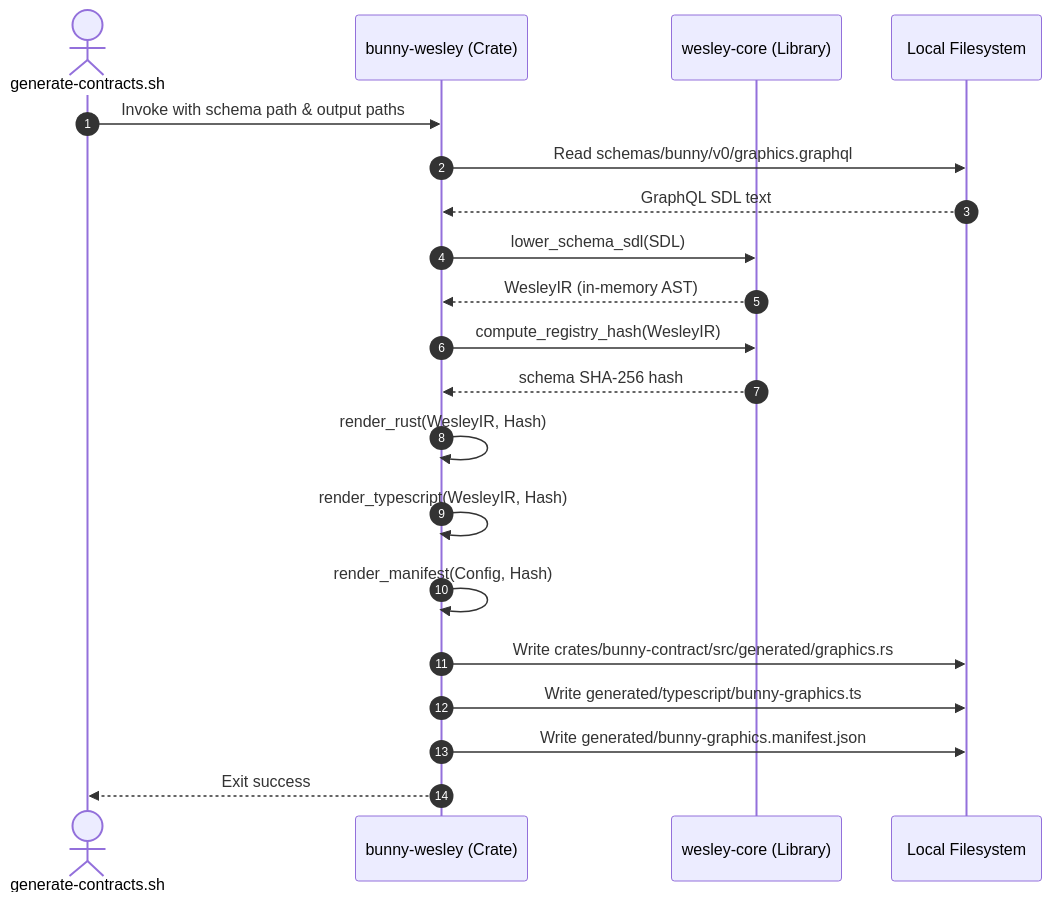
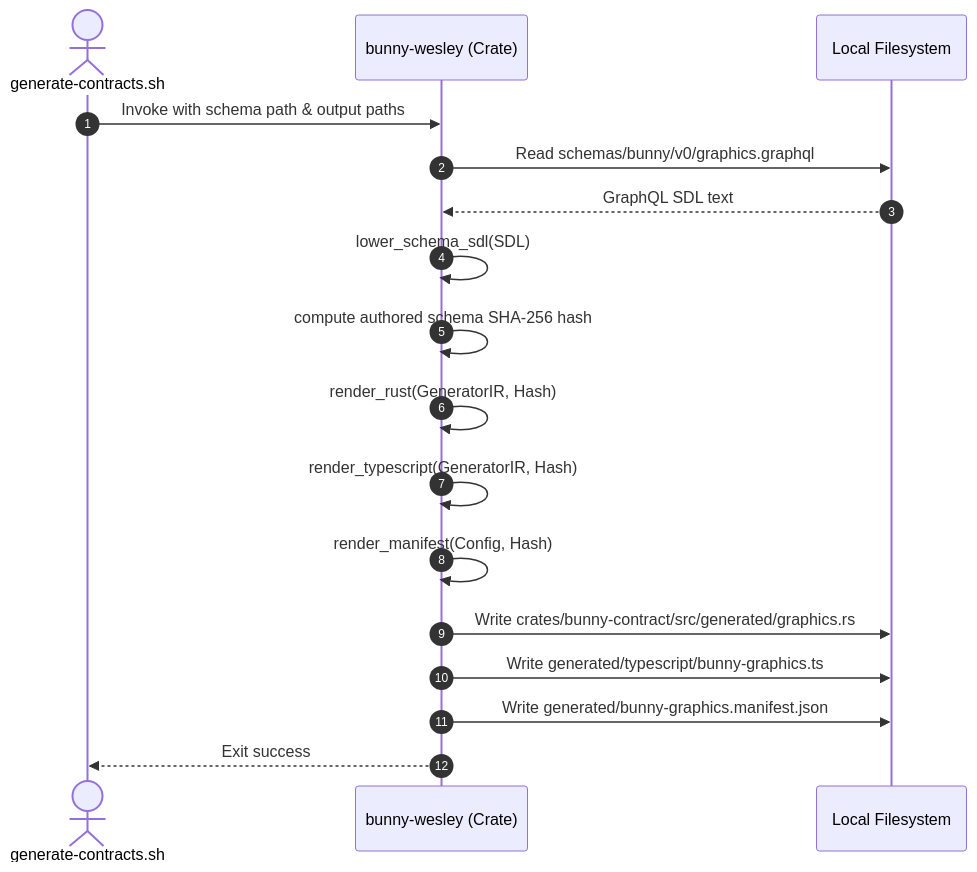
The third of 5 diagrams in bunny_technical_teardown.md (flyingrobots/bunny), drawn with Mermaid before and after one commit. The commit also changed other lines of this file and 110 other files, not shown here.

````diff
--- a/bunny_technical_teardown.md
+++ b/bunny_technical_teardown.md
@@ -160,23 +162,20 @@
 ```mermaid
 sequenceDiagram
     autonumber
     actor CLI as generate-contracts.sh
     participant W as bunny-wesley (Crate)
-    participant C as wesley-core (Library)
     participant FS as Local Filesystem
     
     CLI->>W: Invoke with schema path & output paths
     W->>FS: Read schemas/bunny/v0/graphics.graphql
     FS-->>W: GraphQL SDL text
-    W->>C: lower_schema_sdl(SDL)
-    C-->>W: WesleyIR (in-memory AST)
-    W->>C: compute_registry_hash(WesleyIR)
-    C-->>W: schema SHA-256 hash
-    W->>W: render_rust(WesleyIR, Hash)
-    W->>W: render_typescript(WesleyIR, Hash)
+    W->>W: lower_schema_sdl(SDL)
+    W->>W: compute authored schema SHA-256 hash
+    W->>W: render_rust(GeneratorIR, Hash)
+    W->>W: render_typescript(GeneratorIR, Hash)
     W->>W: render_manifest(Config, Hash)
     W->>FS: Write crates/bunny-contract/src/generated/graphics.rs
     W->>FS: Write generated/typescript/bunny-graphics.ts
     W->>FS: Write generated/bunny-graphics.manifest.json
     W-->>CLI: Exit success
 ```
````
